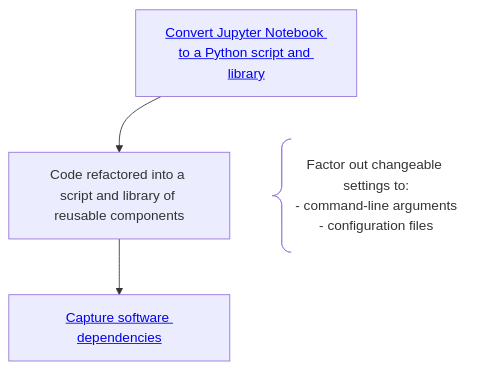
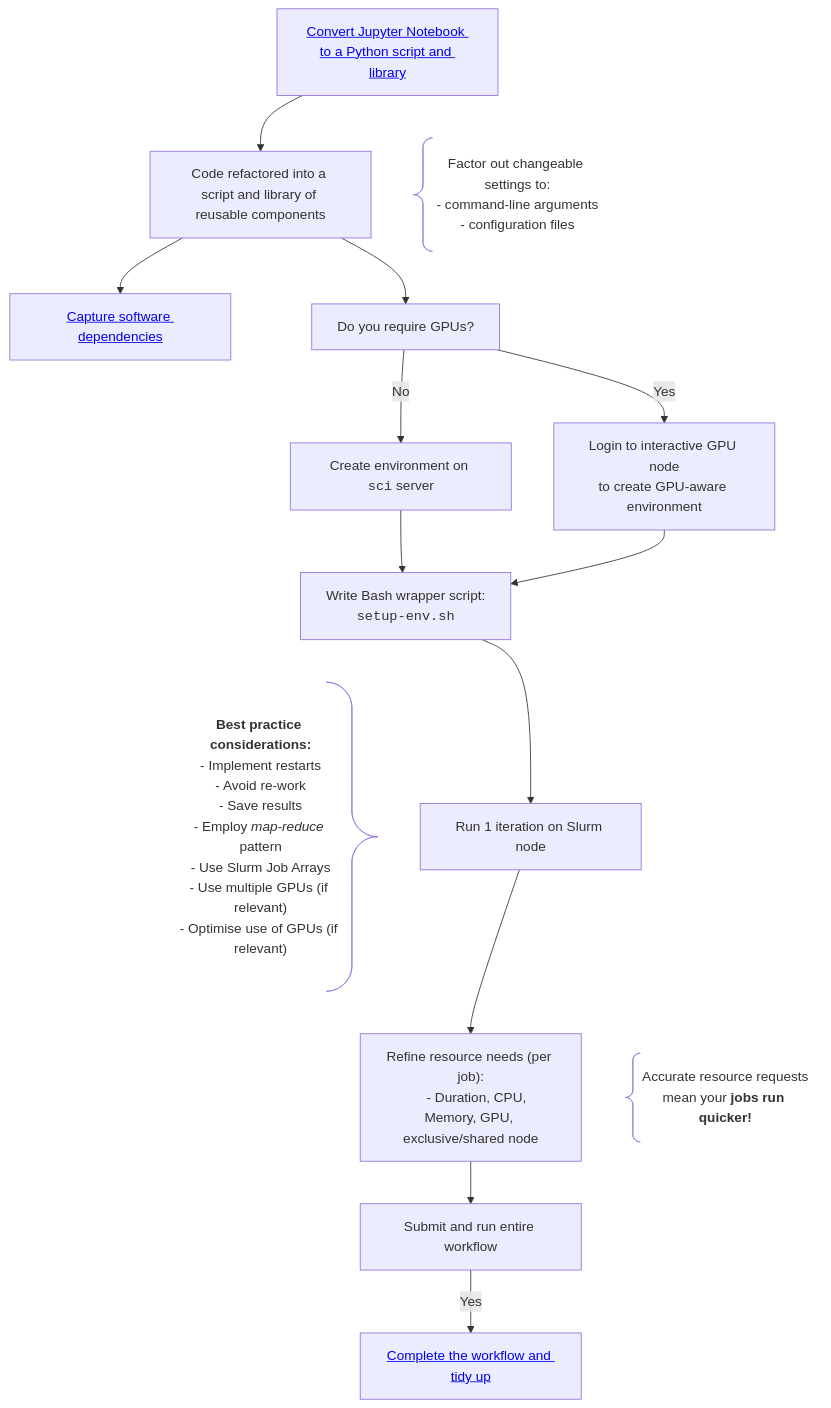
One commit to agstephens/proto-jasmin-mermaid-docs changed the second of 2 diagrams in README.md. Above: the diagram before and after it, drawn with Mermaid.

````diff
--- a/README.md
+++ b/README.md
@@ -167,12 +167,40 @@
 ```mermaid
 flowchart TD
     NB[<a href="https://github.com/agstephens/proto-jasmin-mermaid-docs/blob/main/README.md#python-best-practice">Convert Jupyter Notebook to a Python script and library</a>]
 
     NB --> CODE_READY[Code refactored into a script and library of reusable components]
 
     NB ~~~ C1@{ shape: brace-l, label: "Factor out changeable settings to</b>:
         - command-line arguments
         - configuration files"}
 
     CODE_READY --> DEPS[<a href="https://github.com/agstephens/proto-jasmin-mermaid-docs/blob/main/README.md#managing-software-dependencies">Capture software dependencies</a>]
+
+    CODE_READY ~~~ C2@{ shape: brace-l, label: "'requirements.txt' file<br/>listing dependencies"}
+
+    CODE_READY --> GPU_REQ[Do you require GPUs?]
+
+    GPU_REQ -->|No| CPU_NODE[Create environment on <code>sci</code> server] --> WRAPPER
+    GPU_REQ -->|Yes| GPU_NODE[Login to interactive GPU node<br/>to create GPU-aware environment] --> WRAPPER
+
+    WRAPPER[Write Bash wrapper script:<br/><code>setup-env.sh</code>] --> TEST_RUN[Run 1 iteration on Slurm node]
+
+    WRAPPER ~~~ C2@{ shape: brace-r, label: "<b>Best practice considerations:</b>
+    - Implement restarts
+    - Avoid re-work
+    - Save results
+    - Employ <i>map-reduce</i> pattern
+    - Use Slurm Job Arrays
+    - Use multiple GPUs (if relevant)
+    - Optimise use of GPUs (if relevant)"}
+
+    TEST_RUN --> REFINE[Refine resource needs #40;per job#41;:
+    - Duration, CPU, Memory, GPU, exclusive/shared node]
+
+    TEST_RUN ~~~ C3@{ shape: brace-l, label: "Accurate resource requests<br/>mean your <b>jobs run quicker!</b>"}
+
+    REFINE --> FULL_RUN[Submit and run entire workflow]
+
+    FULL_RUN -->|Yes| COMPLETE[<a href="https://github.com/agstephens/proto-jasmin-mermaid-docs/blob/main/README.md#workflow-completion">Complete the workflow and tidy up</a>]
+
 ```
````
